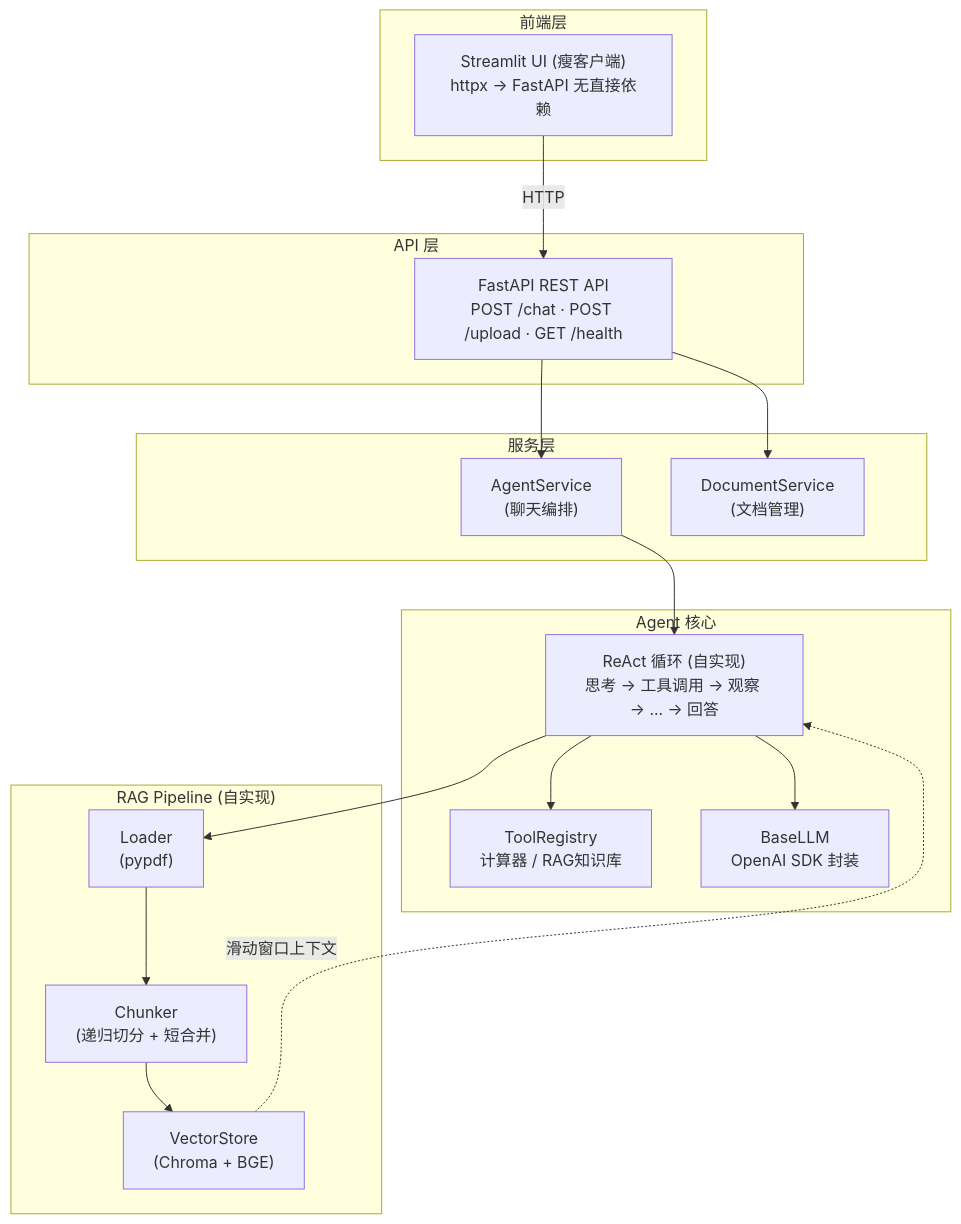
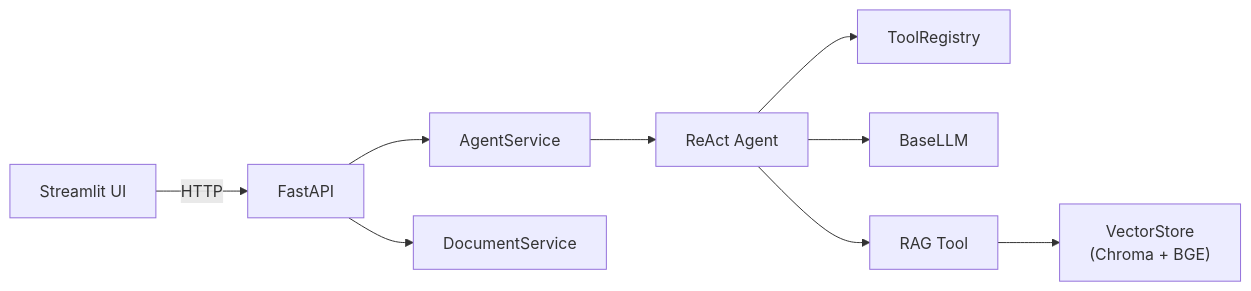
Before and after one commit to AnruiRao/ai_doc_assistant: the first of 3 diagrams in README.md, drawn with Mermaid. The commit also changed other lines of this file, not shown here.

Commit message:
docs: README 全面重构 — 项目亮点 / 3张 Mermaid 架构图 / 折叠目录 / 章节重排

````diff
--- a/README.md
+++ b/README.md
@@ -28,37 +41,11 @@
 ```mermaid
-flowchart TB
-    subgraph UI["前端层"]
-        SUI["Streamlit UI (瘦客户端)<br/>httpx → FastAPI 无直接依赖"]
-    end
-    subgraph WEB["API 层"]
-        FAPI["FastAPI REST API<br/>POST /chat · POST /upload · GET /health"]
-    end
-    subgraph SVC["服务层"]
-        AG["AgentService<br/>(聊天编排)"]
-        DS["DocumentService<br/>(文档管理)"]
-    end
-    subgraph CORE["Agent 核心"]
-        RC["ReAct 循环 (自实现)<br/>思考 → 工具调用 → 观察 → ... → 回答"]
-        TR["ToolRegistry<br/>计算器 / RAG知识库"]
-        LM["BaseLLM<br/>OpenAI SDK 封装"]
-    end
-    subgraph RAG["RAG Pipeline (自实现)"]
-        LDR["Loader<br/>(pypdf)"]
-        CHK["Chunker<br/>(递归切分 + 短合并)"]
-        VS["VectorStore<br/>(Chroma + BGE)"]
-    end
-
-    SUI -->|HTTP| FAPI
-    FAPI --> AG
-    FAPI --> DS
-    AG --> RC
-    RC --> TR
-    RC --> LM
-    RC --> LDR
-    LDR --> CHK --> VS
-    VS -.->|滑动窗口上下文| RC
-
-    %% 强制布局：让 RAG 模块在下方而非角落
-    FAPI ~~~ RAG
-    SVC ~~~ RAG
+flowchart LR
+    SUI["Streamlit UI"] -->|HTTP| FAPI["FastAPI"]
+    FAPI --> AG["AgentService"]
+    FAPI --> DS["DocumentService"]
+    AG --> RC["ReAct Agent"]
+    RC --> TR["ToolRegistry"]
+    RC --> LM["BaseLLM"]
+    RC --> RT["RAG Tool"]
+    RT --> VS["VectorStore<br/>(Chroma + BGE)"]
 ```
````
